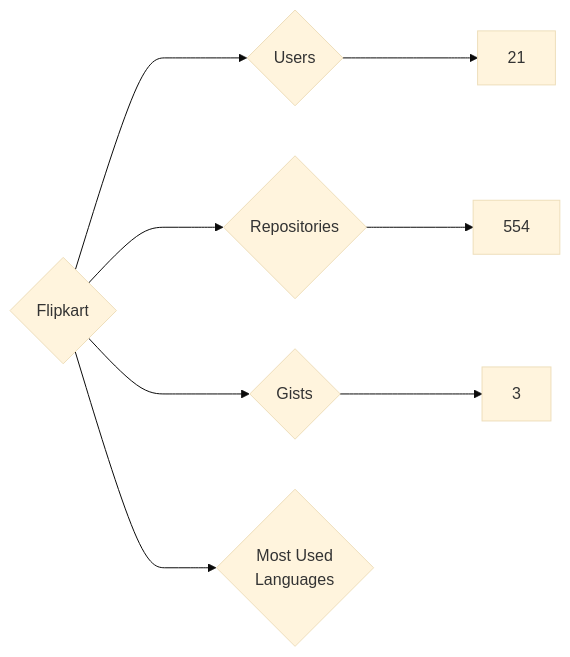
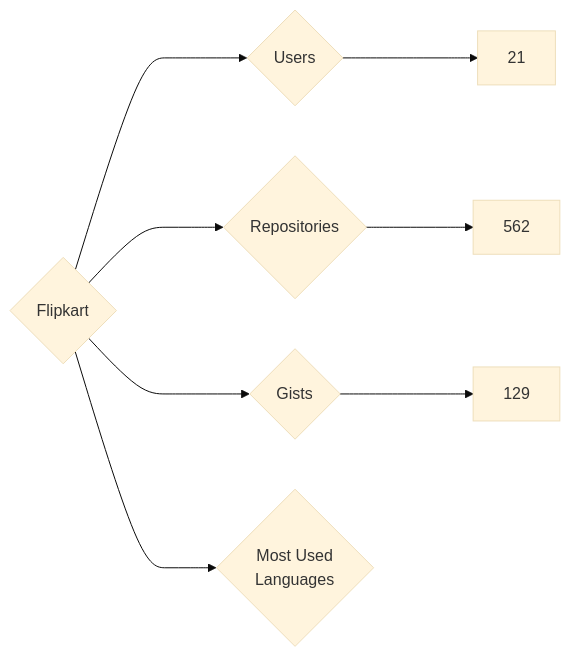
One commit to nenadzaric/insiders changed the diagram in targets/Flipkart/README.md. Above: the diagram before and after it, drawn with Mermaid (base theme). The commit also changed 1342 other files, not shown here.

````diff
--- a/targets/Flipkart/README.md
+++ b/targets/Flipkart/README.md
@@ -3,8 +3,8 @@
 ```mermaid
 graph LR
 COMPANY_NAME{Flipkart}
 COMPANY_NAME ---> U{Users} ---> UN[21]
-COMPANY_NAME ---> R{Repositories} ---> RN[554]
-COMPANY_NAME ---> G{Gists} ---> GN[3]
+COMPANY_NAME ---> R{Repositories} ---> RN[562]
+COMPANY_NAME ---> G{Gists} ---> GN[129]
 COMPANY_NAME ---> ML{Most Used<br>Languages}
 ```
````
